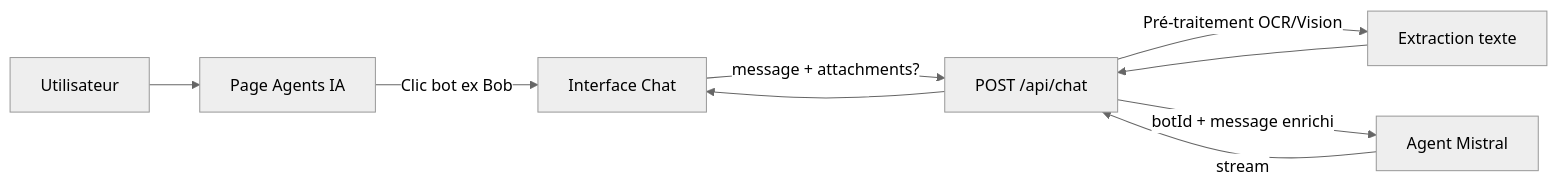
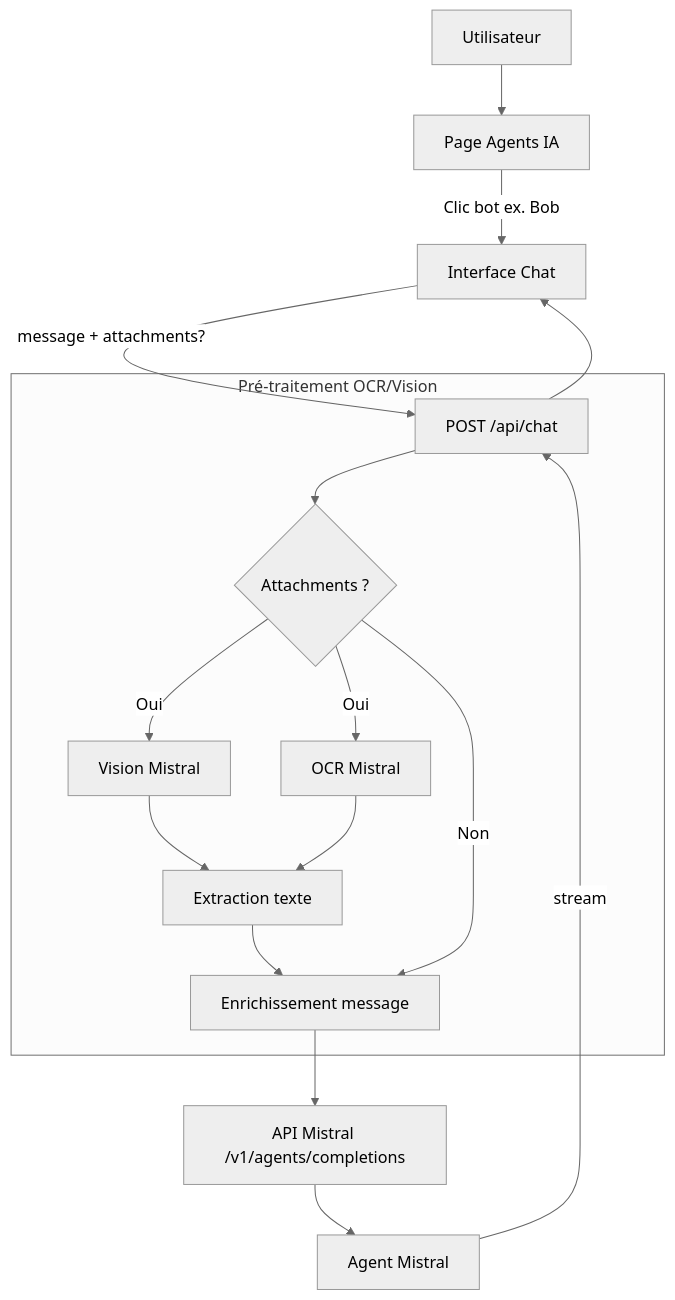
Before and after one commit to Allianz-Marseille/saas-27102025: the diagram in docs/bots-prelude/bot-agent-ia-standard.md, drawn with Mermaid (neutral theme). The commit also changed other lines of this file, not shown here.

First line of the commit message:
docs(bots): version Multimodale & Design du cahier des charges bot-agent-ia-standard

````diff
--- a/docs/bots-prelude/bot-agent-ia-standard.md
+++ b/docs/bots-prelude/bot-agent-ia-standard.md
@@ -31,11 +31,21 @@
 ```mermaid
-flowchart LR
+flowchart TB
     User[Utilisateur] --> Page[Page Agents IA]
-    Page -->|Clic bot ex Bob| Chat[Interface Chat]
+    Page -->|Clic bot ex. Bob| Chat[Interface Chat]
     Chat -->|message + attachments?| API[POST /api/chat]
-    API -->|Pré-traitement OCR/Vision| PreProcess[Extraction texte]
-    PreProcess --> API
-    API -->|botId + message enrichi| Mistral[Agent Mistral]
+
+    subgraph PreProcess["Pré-traitement OCR/Vision"]
+        API --> Check{Attachments ?}
+        Check -->|Oui| Vision[Vision Mistral]
+        Check -->|Oui| OCR[OCR Mistral]
+        Vision --> Extract[Extraction texte]
+        OCR --> Extract
+        Extract --> Enrich[Enrichissement message]
+        Check -->|Non| Enrich
+    end
+
+    Enrich --> MistralCall[API Mistral /v1/agents/completions]
+    MistralCall --> Mistral[Agent Mistral]
     Mistral -->|stream| API
     API --> Chat
 ```
````
